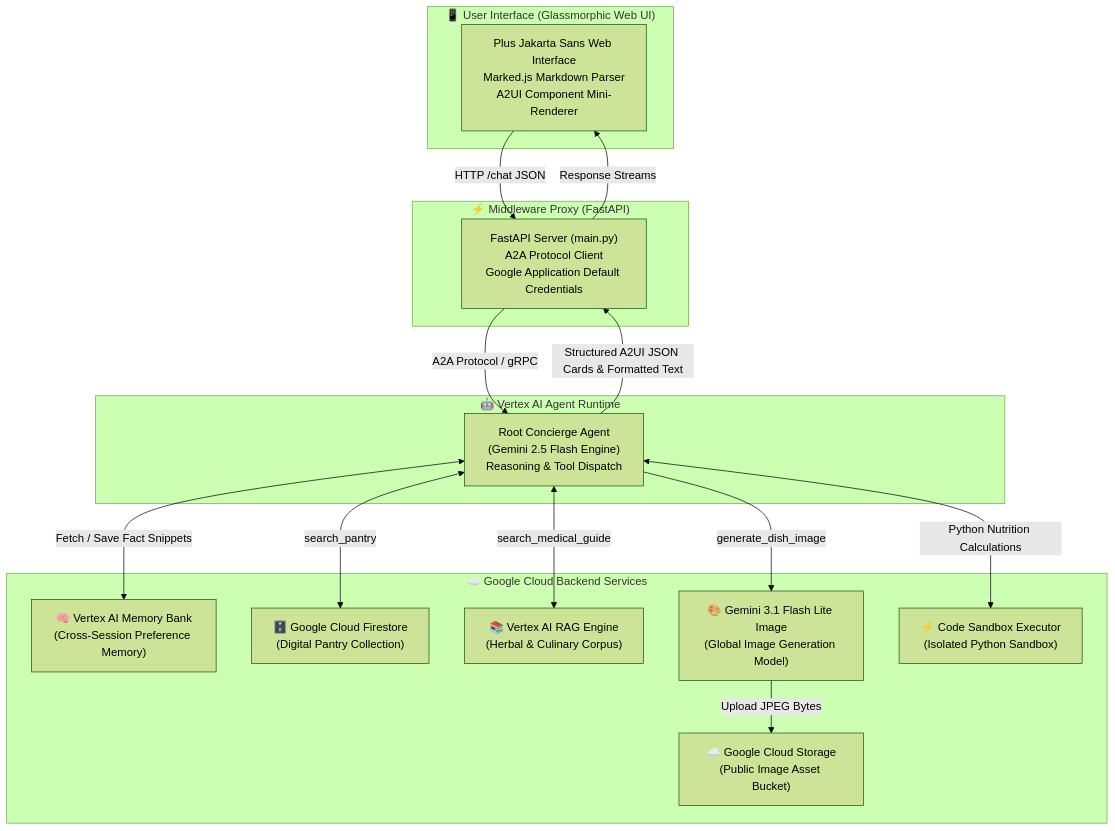
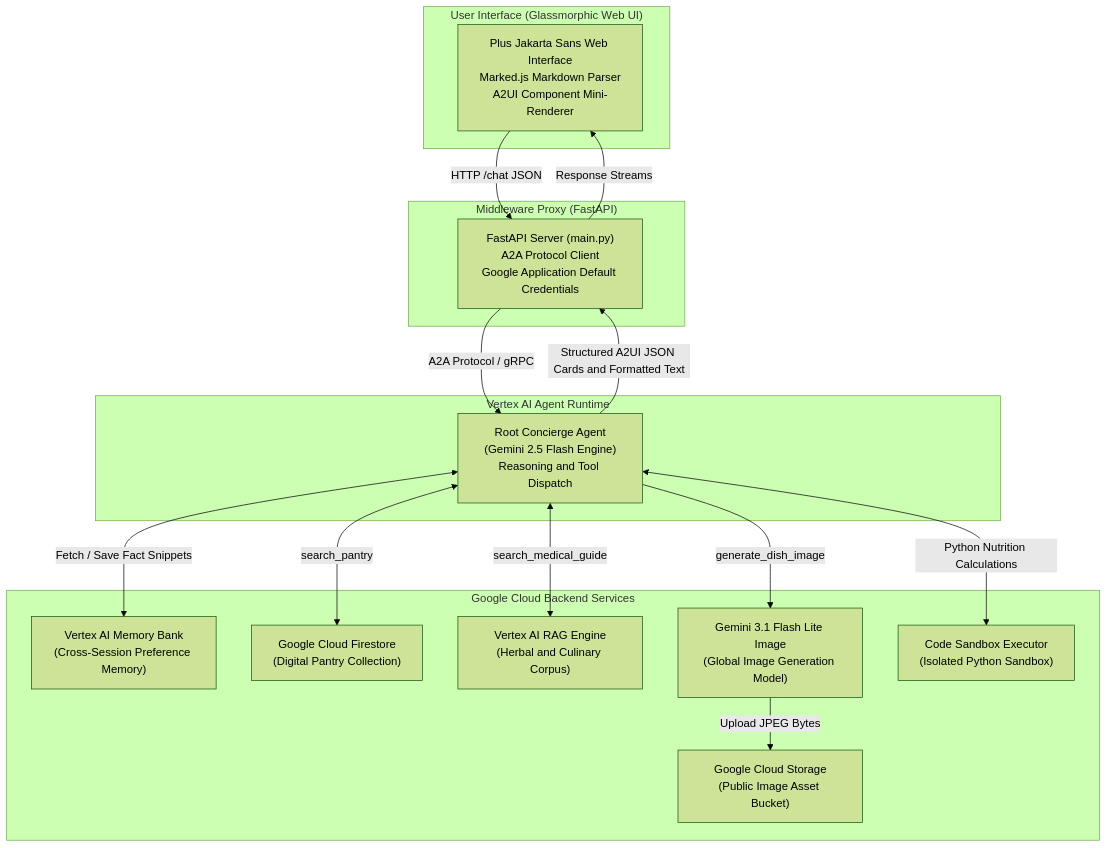
One commit to pavan3031/buildwithgemini-smart-recipe-concierge changed the diagram in README.md. Above: the diagram before and after it, drawn with Mermaid (forest theme). The commit also changed other lines of this file and 1 other file, not shown here.

````diff
--- a/README.md
+++ b/README.md
@@ -64,34 +64,34 @@
 ```mermaid
 flowchart TD
-    subgraph Client["📱 User Interface (Glassmorphic Web UI)"]
+    subgraph Client["User Interface (Glassmorphic Web UI)"]
         UI["Plus Jakarta Sans Web Interface\nMarked.js Markdown Parser\nA2UI Component Mini-Renderer"]
     end
 
-    subgraph Proxy["⚡ Middleware Proxy (FastAPI)"]
+    subgraph Proxy["Middleware Proxy (FastAPI)"]
         FastAPI["FastAPI Server (main.py)\nA2A Protocol Client\nGoogle Application Default Credentials"]
     end
 
-    subgraph Runtime["🤖 Vertex AI Agent Runtime"]
-        Agent["Root Concierge Agent\n(Gemini 2.5 Flash Engine)\nReasoning & Tool Dispatch"]
+    subgraph Runtime["Vertex AI Agent Runtime"]
+        Agent["Root Concierge Agent\n(Gemini 2.5 Flash Engine)\nReasoning and Tool Dispatch"]
     end
 
-    subgraph Services["☁️ Google Cloud Backend Services"]
-        Memory["🧠 Vertex AI Memory Bank\n(Cross-Session Preference Memory)"]
-        Firestore["🗄️ Google Cloud Firestore\n(Digital Pantry Collection)"]
-        RAG["📚 Vertex AI RAG Engine\n(Herbal & Culinary Corpus)"]
-        GCS["☁️ Google Cloud Storage\n(Public Image Asset Bucket)"]
-        ImageGen["🎨 Gemini 3.1 Flash Lite Image\n(Global Image Generation Model)"]
-        Sandbox["⚡ Code Sandbox Executor\n(Isolated Python Sandbox)"]
+    subgraph Services["Google Cloud Backend Services"]
+        Memory["Vertex AI Memory Bank\n(Cross-Session Preference Memory)"]
+        Firestore["Google Cloud Firestore\n(Digital Pantry Collection)"]
+        RAG["Vertex AI RAG Engine\n(Herbal and Culinary Corpus)"]
+        GCS["Google Cloud Storage\n(Public Image Asset Bucket)"]
+        ImageGen["Gemini 3.1 Flash Lite Image\n(Global Image Generation Model)"]
+        Sandbox["Code Sandbox Executor\n(Isolated Python Sandbox)"]
     end
 
     UI -->|HTTP /chat JSON| FastAPI
     FastAPI -->|A2A Protocol / gRPC| Agent
     Agent <-->|Fetch / Save Fact Snippets| Memory
     Agent <-->|search_pantry| Firestore
     Agent <-->|search_medical_guide| RAG
     Agent -->|generate_dish_image| ImageGen
     ImageGen -->|Upload JPEG Bytes| GCS
     Agent <-->|Python Nutrition Calculations| Sandbox
-    Agent -->|Structured A2UI JSON Cards & Formatted Text| FastAPI
+    Agent -->|Structured A2UI JSON Cards and Formatted Text| FastAPI
     FastAPI -->|Response Streams| UI
 ```
````
